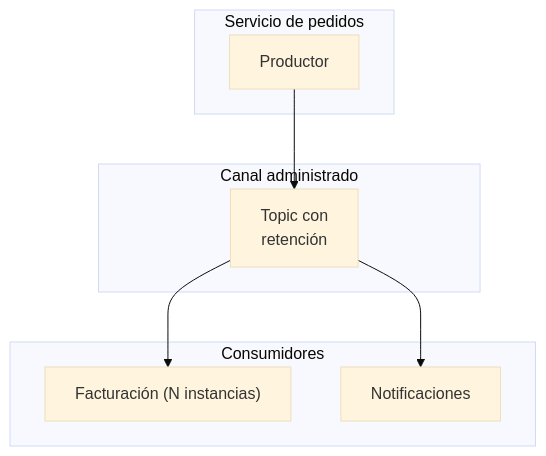
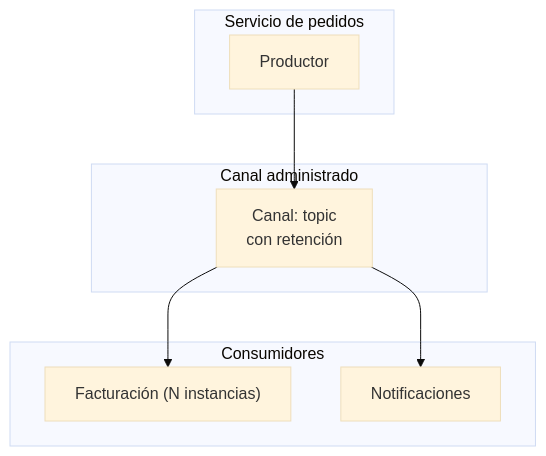
Before and after one commit to fcp4891/de-knowledge-hub: the third of 3 diagrams in content/architectures/event-driven-architecture.md, drawn with Mermaid (base theme). The commit also changed other lines of this file and 13 other files, not shown here.

````diff
--- a/content/architectures/event-driven-architecture.md
+++ b/content/architectures/event-driven-architecture.md
@@ -159,16 +160,16 @@
 ```mermaid
 flowchart TB
   subgraph PUB["Servicio de pedidos"]
     P["Productor"]
   end
   subgraph BUS["Canal administrado"]
-    T["Topic con<br/>retención"]
+    T["Canal: topic<br/>con retención"]
   end
   subgraph SUBS["Consumidores"]
     F["Facturación (N instancias)"]
     N["Notificaciones"]
   end
   P --> T
   T --> F
   T --> N
 ```
````
